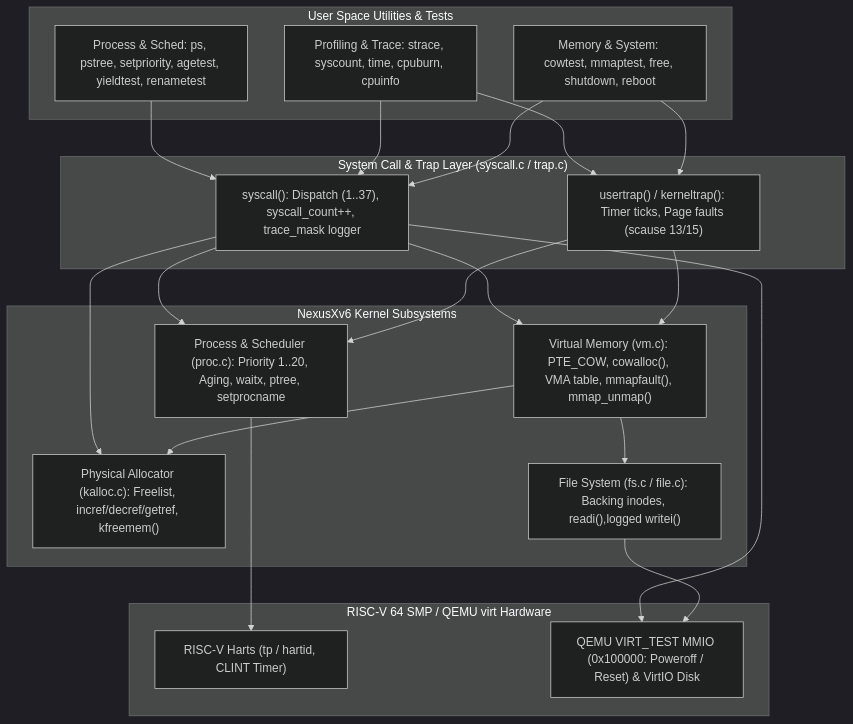
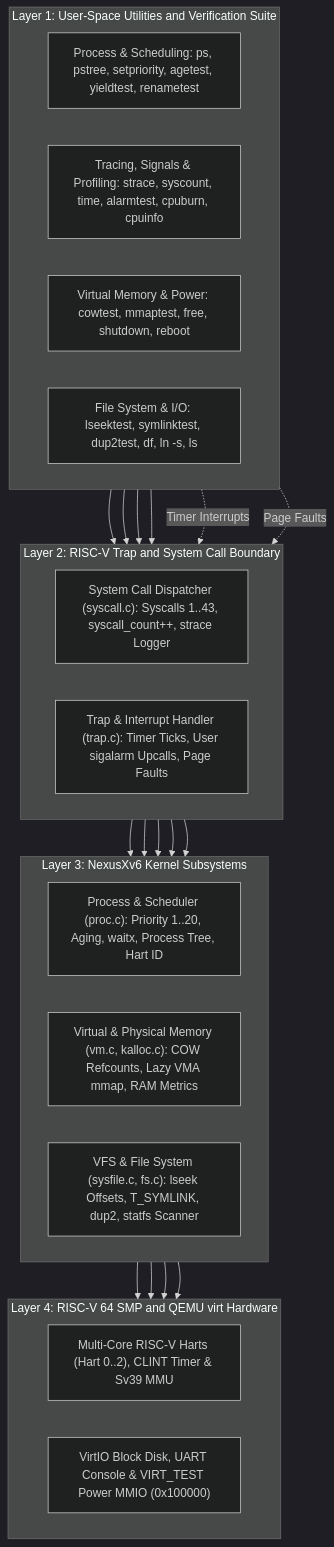
One commit to asbahkhan67-ctrl/xv6-riscv changed the first of 21 diagrams in README.md. Above: the diagram before and after it, drawn with Mermaid (dark theme). The commit also changed other lines of this file, not shown here.

````diff
--- a/README.md
+++ b/README.md
@@ -85,43 +114,49 @@
 ```mermaid
 flowchart TD
-    subgraph UserSpace["User Space Utilities & Tests"]
-        U1["Process & Sched: ps, pstree, setpriority, agetest, yieldtest, renametest"]
-        U2["Profiling & Trace: strace, syscount, time, cpuburn, cpuinfo"]
-        U3["Memory & System: cowtest, mmaptest, free, shutdown, reboot"]
+    subgraph L1["Layer 1: User-Space Utilities and Verification Suite"]
+        direction LR
+        U_PROC["Process & Scheduling: ps, pstree, setpriority, agetest, yieldtest, renametest"]
+        U_PROF["Tracing, Signals & Profiling: strace, syscount, time, alarmtest, cpuburn, cpuinfo"]
+        U_MEM["Virtual Memory & Power: cowtest, mmaptest, free, shutdown, reboot"]
+        U_FS["File System & I/O: lseektest, symlinktest, dup2test, df, ln -s, ls"]
     end
 
-    subgraph TrapSyscall["System Call & Trap Layer (syscall.c / trap.c)"]
-        SC["syscall(): Dispatch (1..37), syscall_count++, trace_mask logger"]
-        TR["usertrap() / kerneltrap(): Timer ticks, Page faults (scause 13/15)"]
+    subgraph L2["Layer 2: RISC-V Trap and System Call Boundary"]
+        direction LR
+        SYSC["System Call Dispatcher (syscall.c): Syscalls 1..43, syscall_count++, strace Logger"]
+        TRAP["Trap & Interrupt Handler (trap.c): Timer Ticks, User sigalarm Upcalls, Page Faults"]
     end
 
-    subgraph KernelCore["NexusXv6 Kernel Subsystems"]
-        PM["Process & Scheduler (proc.c): Priority 1..20, Aging, waitx, ptree, setprocname"]
-        VM["Virtual Memory (vm.c): PTE_COW, cowalloc(), VMA table, mmapfault(), mmap_unmap()"]
-        KA["Physical Allocator (kalloc.c): Freelist, incref/decref/getref, kfreemem()"]
-        FS["File System (fs.c / file.c): Backing inodes, readi(),logged writei()"]
+    subgraph L3["Layer 3: NexusXv6 Kernel Subsystems"]
+        direction LR
+        K_PROC["Process & Scheduler (proc.c): Priority 1..20, Aging, waitx, Process Tree, Hart ID"]
+        K_VM["Virtual & Physical Memory (vm.c, kalloc.c): COW Refcounts, Lazy VMA mmap, RAM Metrics"]
+        K_FS["VFS & File System (sysfile.c, fs.c): lseek Offsets, T_SYMLINK, dup2, statfs Scanner"]
     end
 
-    subgraph Hardware["RISC-V 64 SMP / QEMU virt Hardware"]
-        CPU["RISC-V Harts (tp / hartid, CLINT Timer)"]
-        MMIO["QEMU VIRT_TEST MMIO (0x100000: Poweroff / Reset) & VirtIO Disk"]
+    subgraph L4["Layer 4: RISC-V 64 SMP and QEMU virt Hardware"]
+        direction LR
+        HW_CPU["Multi-Core RISC-V Harts (Hart 0..2), CLINT Timer & Sv39 MMU"]
+        HW_DEV["VirtIO Block Disk, UART Console & VIRT_TEST Power MMIO (0x100000)"]
     end
 
-    U1 --> SC
-    U2 --> SC
-    U3 --> SC
-    U2 --> TR
-    U3 --> TR
+    U_PROC --> SYSC
+    U_PROF --> SYSC
+    U_MEM --> SYSC
+    U_FS --> SYSC
 
-    SC --> PM
-    SC --> VM
-    SC --> KA
-    TR --> PM
-    TR --> VM
+    U_PROF -. "Timer Interrupts" .-> TRAP
+    U_MEM -. "Page Faults" .-> TRAP
 
-    VM --> KA
-    VM --> FS
-    PM --> CPU
-    SC --> MMIO
-    FS --> MMIO
+    SYSC --> K_PROC
+    SYSC --> K_VM
+    SYSC --> K_FS
+
+    TRAP --> K_PROC
+    TRAP --> K_VM
+
+    K_PROC --> HW_CPU
+    K_VM --> HW_CPU
+    K_VM --> HW_DEV
+    K_FS --> HW_DEV
 ```
````
